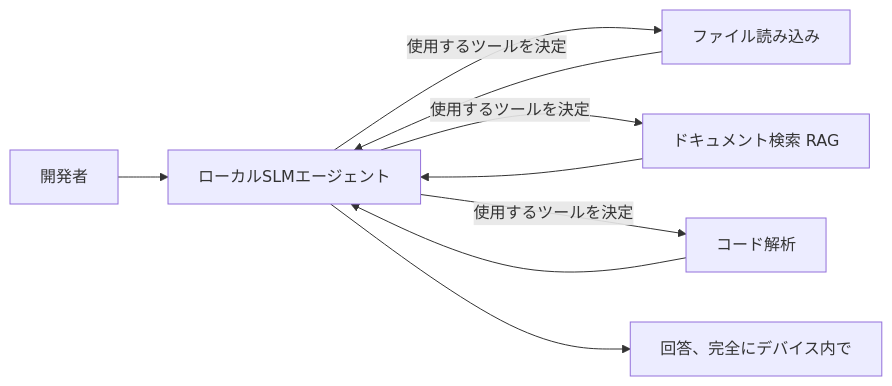
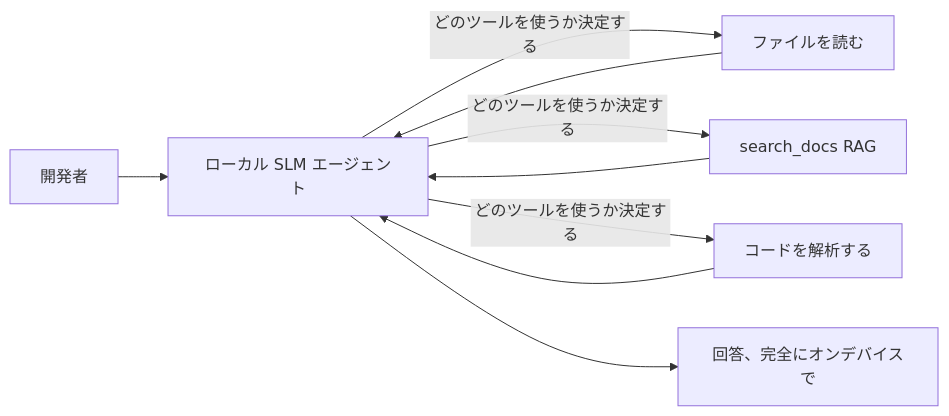
Before and after one commit to gabrielmoreira/agent-skills-mirror: the first of 4 diagrams in mirrors/repos/microsoft@ai-agents-for-beginners/translations/ja/17-creating-local-ai-agents/README.md, drawn with Mermaid. The commit also changed other lines of this file and 4262 other files, not shown here.

````diff
--- a/mirrors/repos/microsoft@ai-agents-for-beginners/translations/ja/17-creating-local-ai-agents/README.md
+++ b/mirrors/repos/microsoft@ai-agents-for-beginners/translations/ja/17-creating-local-ai-agents/README.md
@@ -66,11 +66,11 @@
 ```mermaid
 flowchart LR
-    U[開発者] --> A[ローカルSLMエージェント]
-    A -->|使用するツールを決定| T1[ファイル読み込み]
-    A -->|使用するツールを決定| T2[ドキュメント検索 RAG]
-    A -->|使用するツールを決定| T3[コード解析]
+    U[開発者] --> A[ローカル SLM エージェント]
+    A -->|どのツールを使うか決定する| T1[ファイルを読む]
+    A -->|どのツールを使うか決定する| T2[search_docs RAG]
+    A -->|どのツールを使うか決定する| T3[コードを解析する]
     T1 --> A
     T2 --> A
     T3 --> A
-    A --> R[回答、完全にデバイス内で]
+    A --> R[回答、完全にオンデバイスで]
 ```
````
